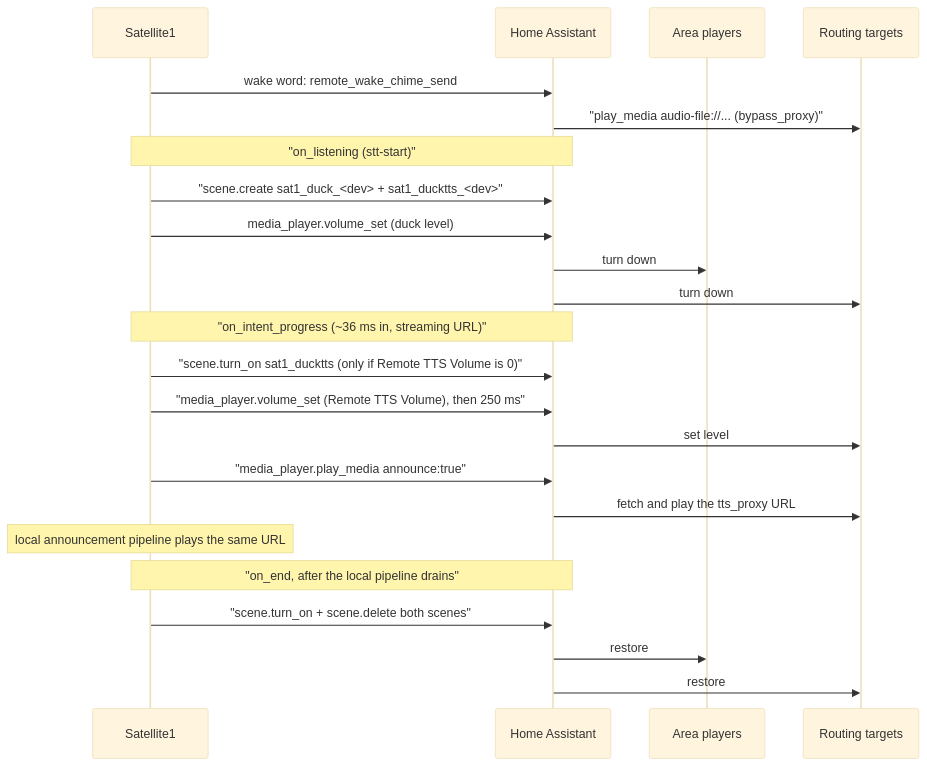
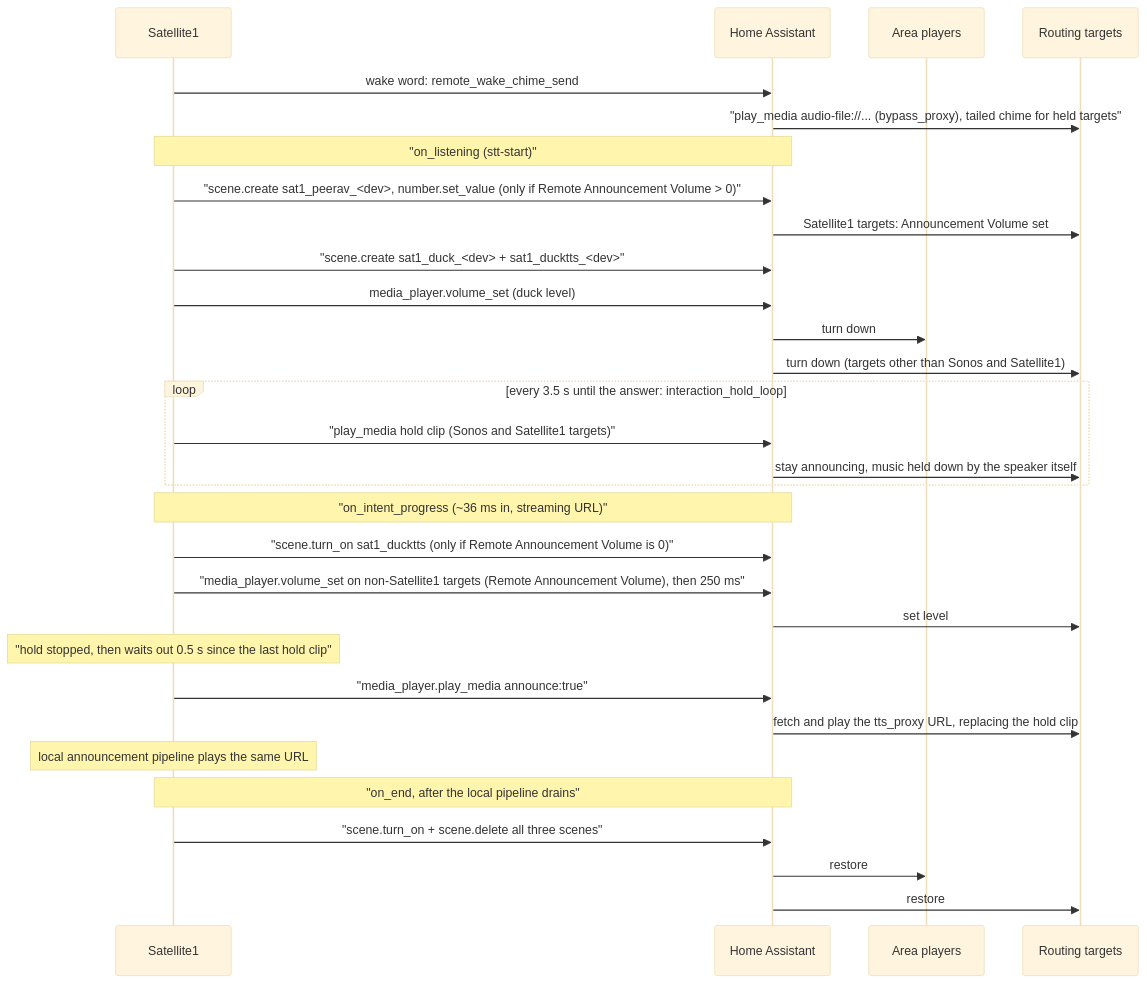
One commit to FutureProofHomes/Satellite1-ESPHome changed the diagram in docs/TTS-Routing.md. Above: the diagram before and after it, drawn with Mermaid (base theme). The commit also changed other lines of this file and 2 other files, not shown here.

First line of the commit message:
docs: audio routing, the gain stage and the unified Audio page

````diff
--- a/docs/TTS-Routing.md
+++ b/docs/TTS-Routing.md
@@ -301,26 +349,33 @@
 ```mermaid
 sequenceDiagram
     participant Sat as Satellite1
     participant HA as Home Assistant
     participant Room as Area players
     participant Tgt as Routing targets
 
     Sat->>HA: wake word: remote_wake_chime_send
-    HA->>Tgt: "play_media audio-file://... (bypass_proxy)"
+    HA->>Tgt: "play_media audio-file://... (bypass_proxy), tailed chime for held targets"
     Note over Sat,HA: "on_listening (stt-start)"
+    Sat->>HA: "scene.create sat1_peerav_<dev>, number.set_value (only if Remote Announcement Volume > 0)"
+    HA->>Tgt: Satellite1 targets: Announcement Volume set
     Sat->>HA: "scene.create sat1_duck_<dev> + sat1_ducktts_<dev>"
     Sat->>HA: media_player.volume_set (duck level)
     HA->>Room: turn down
-    HA->>Tgt: turn down
+    HA->>Tgt: turn down (targets other than Sonos and Satellite1)
+    loop every 3.5 s until the answer: interaction_hold_loop
+        Sat->>HA: "play_media hold clip (Sonos and Satellite1 targets)"
+        HA->>Tgt: stay announcing, music held down by the speaker itself
+    end
     Note over Sat,HA: "on_intent_progress (~36 ms in, streaming URL)"
-    Sat->>HA: "scene.turn_on sat1_ducktts (only if Remote TTS Volume is 0)"
-    Sat->>HA: "media_player.volume_set (Remote TTS Volume), then 250 ms"
+    Sat->>HA: "scene.turn_on sat1_ducktts (only if Remote Announcement Volume is 0)"
+    Sat->>HA: "media_player.volume_set on non-Satellite1 targets (Remote Announcement Volume), then 250 ms"
     HA->>Tgt: set level
+    Note over Sat: "hold stopped, then waits out 0.5 s since the last hold clip"
     Sat->>HA: "media_player.play_media announce:true"
-    HA->>Tgt: fetch and play the tts_proxy URL
+    HA->>Tgt: fetch and play the tts_proxy URL, replacing the hold clip
     Note over Sat: local announcement pipeline plays the same URL
     Note over Sat,HA: "on_end, after the local pipeline drains"
-    Sat->>HA: "scene.turn_on + scene.delete both scenes"
+    Sat->>HA: "scene.turn_on + scene.delete all three scenes"
     HA->>Room: restore
     HA->>Tgt: restore
 ```
````
